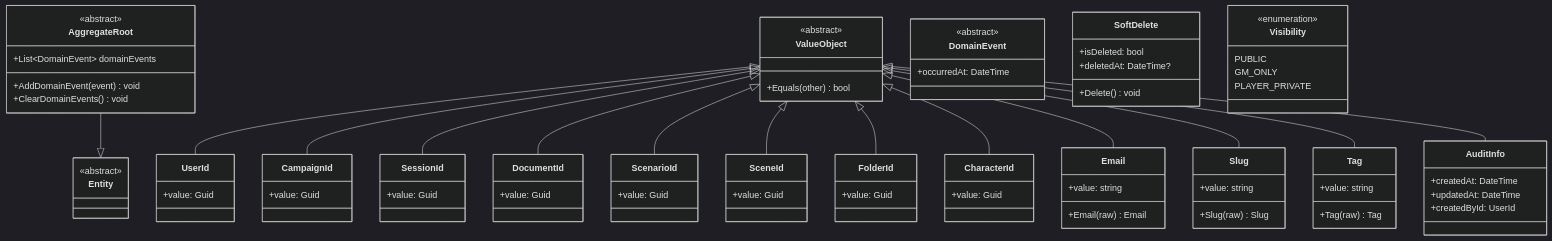
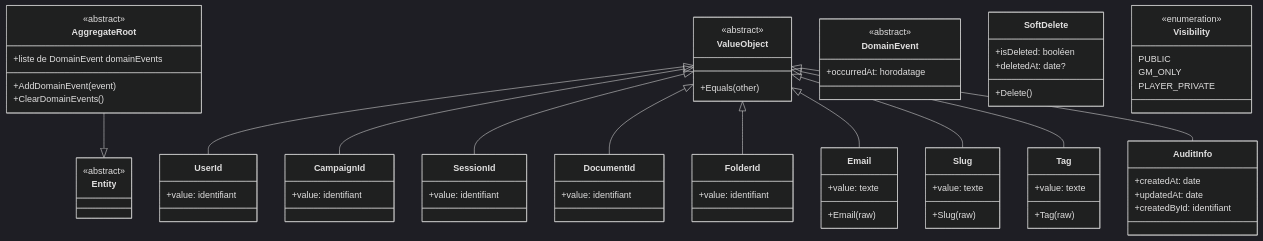
The diagram in docs/conception/domain/diagrams/classes/core.md (2025-10-CDA-ECO-P6/PM-micro-saas), drawn with Mermaid (dark theme) before and after one commit. The commit also changed 107 other files, not shown here.

```diff
--- a/docs/conception/domain/diagrams/classes/core.md
+++ b/docs/conception/domain/diagrams/classes/core.md
@@ -4,9 +4,9 @@
 classDiagram
     class AggregateRoot {
         <<abstract>>
-        +List~DomainEvent~ domainEvents
-        +AddDomainEvent(event) void
-        +ClearDomainEvents() void
+        +liste de DomainEvent domainEvents
+        +AddDomainEvent(event)
+        +ClearDomainEvents()
     }
 
     class Entity {
@@ -15,64 +15,55 @@
 
     class ValueObject {
         <<abstract>>
-        +Equals(other) bool
+        +Equals(other)
     }
 
     class DomainEvent {
         <<abstract>>
-        +occurredAt: DateTime
+        +occurredAt: horodatage
     }
 
     class UserId {
-        +value: Guid
+        +value: identifiant
     }
     class CampaignId {
-        +value: Guid
+        +value: identifiant
     }
     class SessionId {
-        +value: Guid
+        +value: identifiant
     }
     class DocumentId {
-        +value: Guid
-    }
-    class ScenarioId {
-        +value: Guid
-    }
-    class SceneId {
-        +value: Guid
+        +value: identifiant
     }
     class FolderId {
-        +value: Guid
-    }
-    class CharacterId {
-        +value: Guid
+        +value: identifiant
     }
 
     class Email {
-        +value: string
-        +Email(raw) Email
+        +value: texte
+        +Email(raw)
     }
 
     class Slug {
-        +value: string
-        +Slug(raw) Slug
+        +value: texte
+        +Slug(raw)
     }
 
     class Tag {
-        +value: string
-        +Tag(raw) Tag
+        +value: texte
+        +Tag(raw)
     }
 
     class AuditInfo {
-        +createdAt: DateTime
-        +updatedAt: DateTime
-        +createdById: UserId
+        +createdAt: date
+        +updatedAt: date
+        +createdById: identifiant
     }
 
     class SoftDelete {
-        +isDeleted: bool
-        +deletedAt: DateTime?
-        +Delete() void
+        +isDeleted: booléen
+        +deletedAt: date?
+        +Delete()
     }
 
     class Visibility {
@@ -87,10 +78,7 @@
     ValueObject <|-- CampaignId
     ValueObject <|-- SessionId
     ValueObject <|-- DocumentId
-    ValueObject <|-- ScenarioId
-    ValueObject <|-- SceneId
     ValueObject <|-- FolderId
-    ValueObject <|-- CharacterId
     ValueObject <|-- Email
     ValueObject <|-- Slug
     ValueObject <|-- Tag
```
